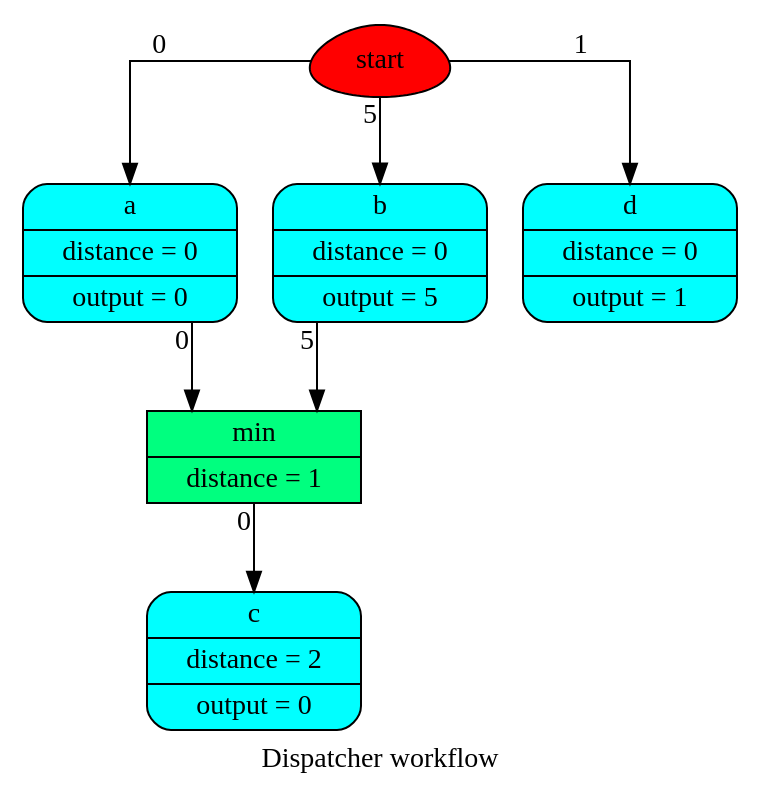
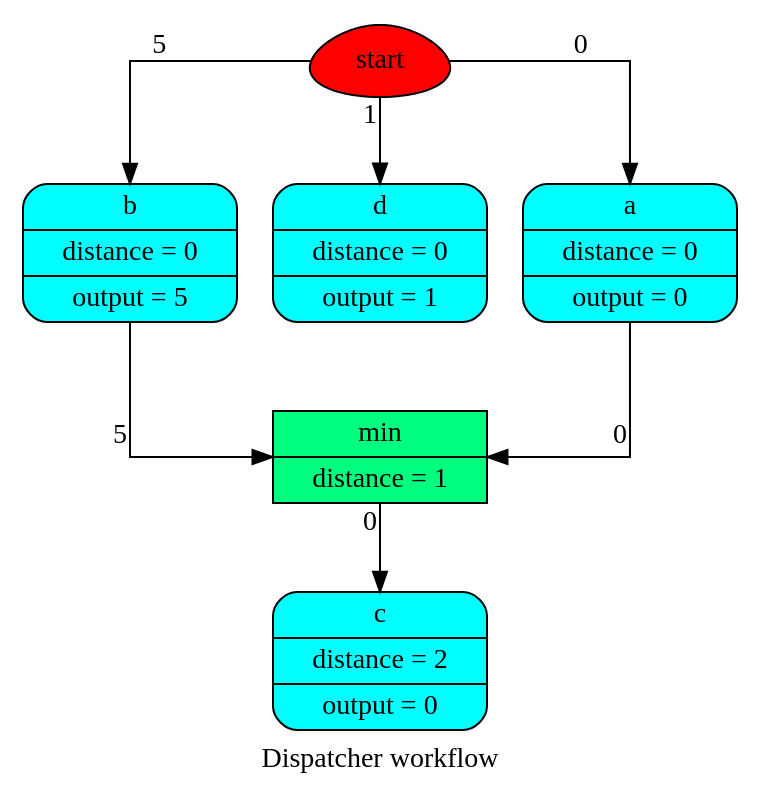
Before and after one commit to vinci1it2000/schedula: the diagram in doc/dispatcher/__init__/dispatch/wf2.dot, drawn with Graphviz. The commit also changed 26 other files, not shown here.

```diff
--- a/doc/dispatcher/__init__/dispatch/wf2.dot
+++ b/doc/dispatcher/__init__/dispatch/wf2.dot
@@ -1,18 +1,18 @@
 digraph Dispatcher {
 	graph [ratio=1]
 	node [style=filled]
+	splines = ortho
 	label = "Dispatcher workflow"
-	splines = ortho
-		Dispatcher_4372619576 [label=start fillcolor=red shape=egg]
-		Dispatcher_483858525469303520 [label="{ a | distance = 0 | output = 0 }" fillcolor=cyan shape=Mrecord]
-		"Dispatcher_-8490501165579404505" [label="{ b | distance = 0 | output = 5 }" fillcolor=cyan shape=Mrecord]
-		"Dispatcher_-8615329045557719745" [label="{ min | distance = 1 }" fillcolor=springgreen shape=record]
-		Dispatcher_2483061293966101162 [label="{ c | distance = 2 | output = 0 }" fillcolor=cyan shape=Mrecord]
-		"Dispatcher_-4481680193965843537" [label="{ d | distance = 0 | output = 1 }" fillcolor=cyan shape=Mrecord]
-			Dispatcher_483858525469303520 -> "Dispatcher_-8615329045557719745" [xlabel=0]
-			"Dispatcher_-8490501165579404505" -> "Dispatcher_-8615329045557719745" [xlabel=5]
-			Dispatcher_4372619576 -> Dispatcher_483858525469303520 [xlabel=0]
-			Dispatcher_4372619576 -> "Dispatcher_-4481680193965843537" [xlabel=1]
-			Dispatcher_4372619576 -> "Dispatcher_-8490501165579404505" [xlabel=5]
-			"Dispatcher_-8615329045557719745" -> Dispatcher_2483061293966101162 [xlabel=0]
+		Dispatcher_4373676344 [label=start fillcolor=red shape=egg]
+		"Dispatcher_-4863238121632644504" [label="{ b | distance = 0 | output = 5 }" fillcolor=cyan shape=Mrecord]
+		Dispatcher_3770360551220572883 [label="{ min | distance = 1 }" fillcolor=springgreen shape=record]
+		"Dispatcher_-7525193253846915964" [label="{ c | distance = 2 | output = 0 }" fillcolor=cyan shape=Mrecord]
+		Dispatcher_2204486394149653195 [label="{ d | distance = 0 | output = 1 }" fillcolor=cyan shape=Mrecord]
+		Dispatcher_5281915415694126460 [label="{ a | distance = 0 | output = 0 }" fillcolor=cyan shape=Mrecord]
+			"Dispatcher_-4863238121632644504" -> Dispatcher_3770360551220572883 [xlabel=5]
+			Dispatcher_3770360551220572883 -> "Dispatcher_-7525193253846915964" [xlabel=0]
+			Dispatcher_4373676344 -> "Dispatcher_-4863238121632644504" [xlabel=5]
+			Dispatcher_4373676344 -> Dispatcher_2204486394149653195 [xlabel=1]
+			Dispatcher_4373676344 -> Dispatcher_5281915415694126460 [xlabel=0]
+			Dispatcher_5281915415694126460 -> Dispatcher_3770360551220572883 [xlabel=0]
 }
```
